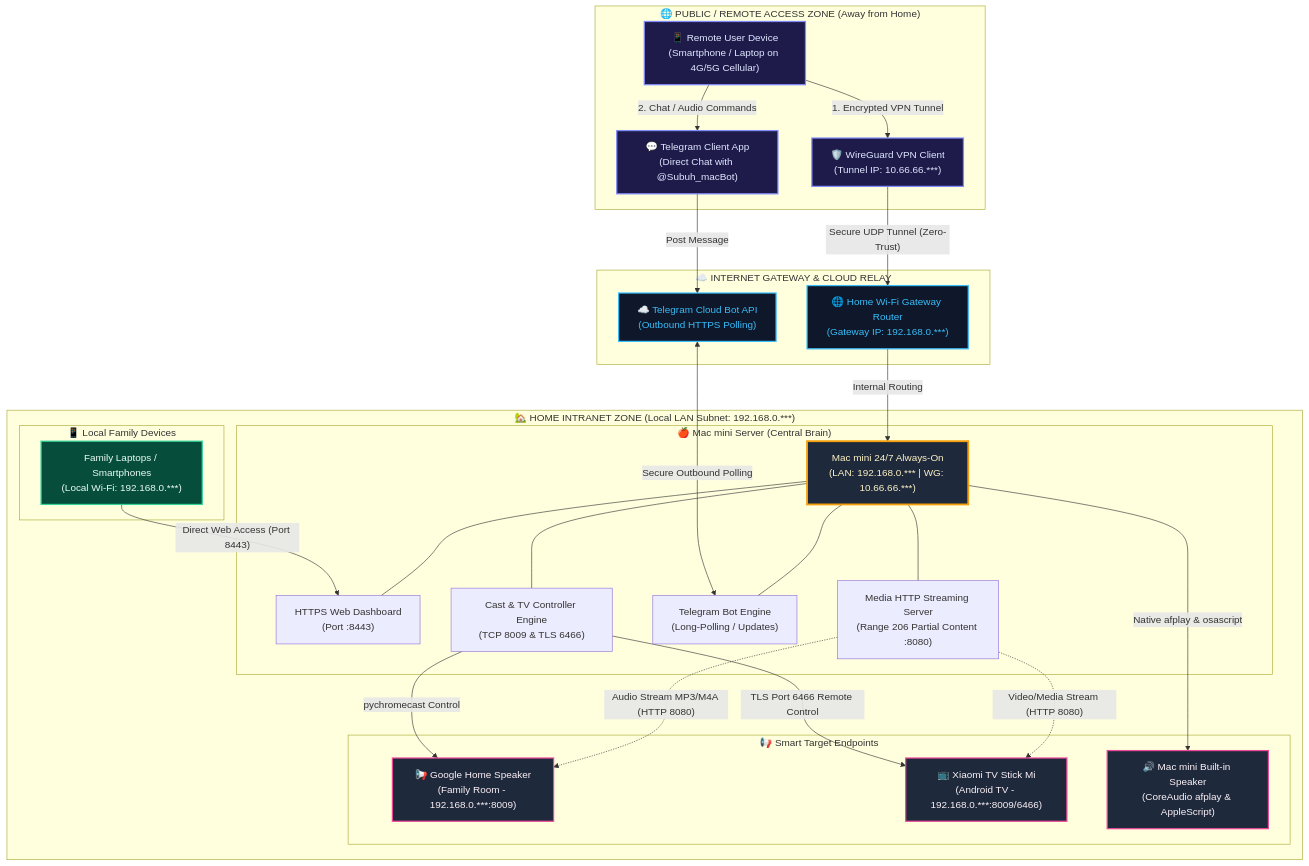
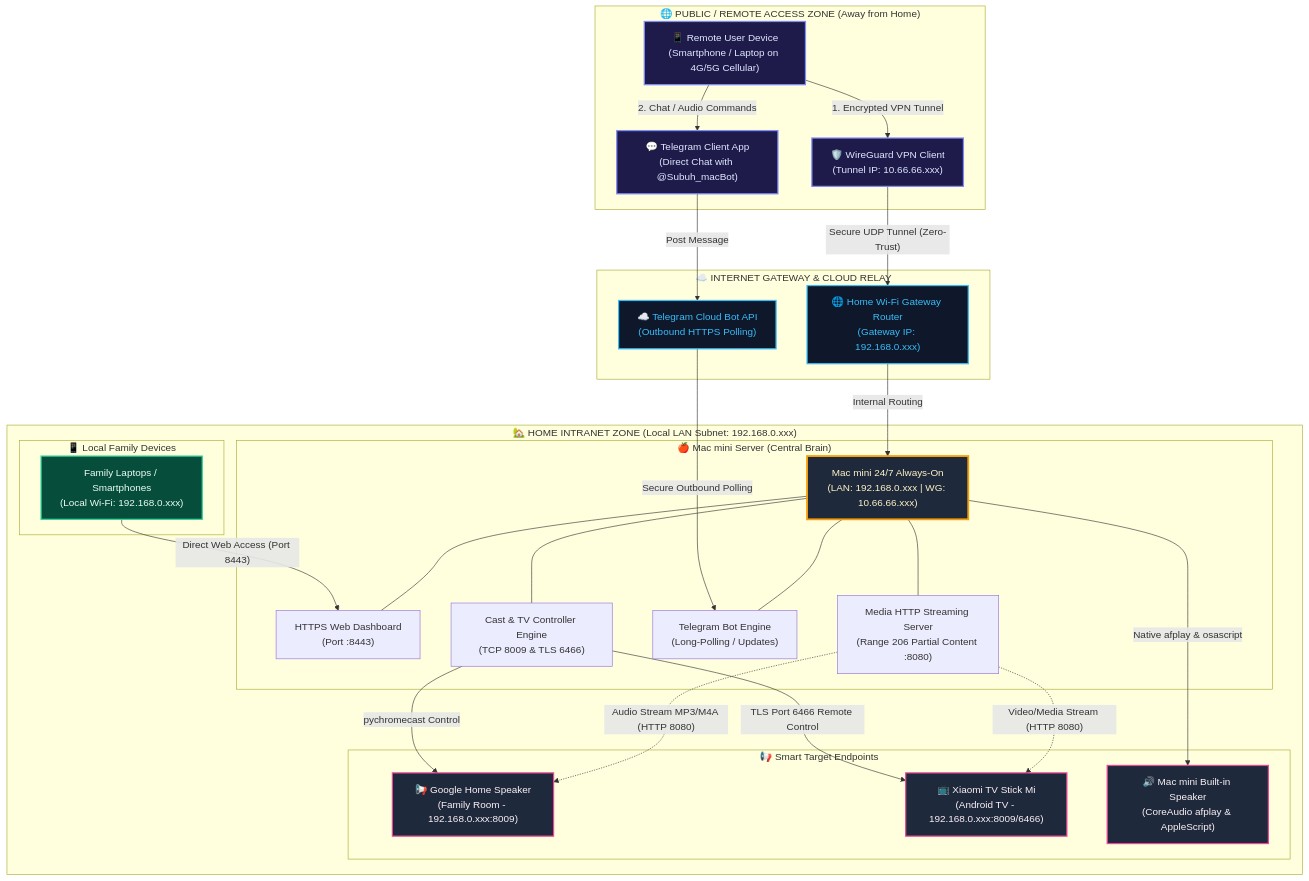
One commit to subuh-kurniawan/mac-home-server changed the second of 3 diagrams in README.en.md. Above: the diagram before and after it, drawn with Mermaid. The commit also changed other lines of this file and 4 other files, not shown here.

Commit message:
fix(mermaid): resolve syntax errors by replacing illegal <-->| links with -->|, substituting asterisks with .xxx, unescaping entities, and using <br/> for linebreaks

````diff
--- a/README.en.md
+++ b/README.en.md
@@ -95,65 +95,65 @@
 ```mermaid
 flowchart TD
     %% Styling Classes
     classDef remoteZone fill:#1e1b4b,stroke:#818cf8,stroke-width:2px,color:#e0e7ff;
     classDef publicCloud fill:#0f172a,stroke:#38bdf8,stroke-width:2px,color:#38bdf8;
     classDef lanZone fill:#064e3b,stroke:#34d399,stroke-width:2px,color:#ecfdf5;
     classDef serverNode fill:#1e293b,stroke:#f59e0b,stroke-width:3px,color:#fef3c7;
     classDef deviceNode fill:#1e293b,stroke:#ec4899,stroke-width:2px,color:#fdf2f8;
 
     subgraph RemoteAccess ["🌐 PUBLIC / REMOTE ACCESS ZONE (Away from Home)"]
-        UserRemote["📱 Remote User Device\n(Smartphone / Laptop on 4G/5G Cellular)"]:::remoteZone
-        WGClient["🛡️ WireGuard VPN Client\n(Tunnel IP: 10.66.66.***)"]:::remoteZone
-        TelegramApp["💬 Telegram Client App\n(Direct Chat with @Subuh_macBot)"]:::remoteZone
+        UserRemote["📱 Remote User Device<br/>(Smartphone / Laptop on 4G/5G Cellular)"]:::remoteZone
+        WGClient["🛡️ WireGuard VPN Client<br/>(Tunnel IP: 10.66.66.xxx)"]:::remoteZone
+        TelegramApp["💬 Telegram Client App<br/>(Direct Chat with @Subuh_macBot)"]:::remoteZone
     end
 
     subgraph CloudRelay ["☁️ INTERNET GATEWAY & CLOUD RELAY"]
-        TelegramCloud["☁️ Telegram Cloud Bot API\n(Outbound HTTPS Polling)"]:::publicCloud
-        HomeRouter["🌐 Home Wi-Fi Gateway Router\n(Gateway IP: 192.168.0.***)"]:::publicCloud
+        TelegramCloud["☁️ Telegram Cloud Bot API<br/>(Outbound HTTPS Polling)"]:::publicCloud
+        HomeRouter["🌐 Home Wi-Fi Gateway Router<br/>(Gateway IP: 192.168.0.xxx)"]:::publicCloud
     end
 
-    subgraph HomeLAN ["🏡 HOME INTRANET ZONE (Local LAN Subnet: 192.168.0.***)"]
+    subgraph HomeLAN ["🏡 HOME INTRANET ZONE (Local LAN Subnet: 192.168.0.xxx)"]
         subgraph HostServer ["🍎 Mac mini Server (Central Brain)"]
-            MacMini["Mac mini 24/7 Always-On\n(LAN: 192.168.0.*** | WG: 10.66.66.***)"]:::serverNode
-            WebHTTPS["HTTPS Web Dashboard\n(Port :8443)"]
-            StreamServer["Media HTTP Streaming Server\n(Range 206 Partial Content :8080)"]
-            BotDaemon["Telegram Bot Engine\n(Long-Polling / Updates)"]
-            CastDaemon["Cast & TV Controller Engine\n(TCP 8009 & TLS 6466)"]
+            MacMini["Mac mini 24/7 Always-On<br/>(LAN: 192.168.0.xxx | WG: 10.66.66.xxx)"]:::serverNode
+            WebHTTPS["HTTPS Web Dashboard<br/>(Port :8443)"]
+            StreamServer["Media HTTP Streaming Server<br/>(Range 206 Partial Content :8080)"]
+            BotDaemon["Telegram Bot Engine<br/>(Long-Polling / Updates)"]
+            CastDaemon["Cast & TV Controller Engine<br/>(TCP 8009 & TLS 6466)"]
         end
 
         subgraph LocalClients ["📱 Local Family Devices"]
-            FamilyDevices["Family Laptops / Smartphones\n(Local Wi-Fi: 192.168.0.***)"]:::lanZone
+            FamilyDevices["Family Laptops / Smartphones<br/>(Local Wi-Fi: 192.168.0.xxx)"]:::lanZone
         end
 
         subgraph SmartEndpoints ["📢 Smart Target Endpoints"]
-            GH["📢 Google Home Speaker\n(Family Room - 192.168.0.***:8009)"]:::deviceNode
-            TVStick["📺 Xiaomi TV Stick Mi\n(Android TV - 192.168.0.***:8009/6466)"]:::deviceNode
-            MacAudio["🔊 Mac mini Built-in Speaker\n(CoreAudio afplay & AppleScript)"]:::deviceNode
+            GH["📢 Google Home Speaker<br/>(Family Room - 192.168.0.xxx:8009)"]:::deviceNode
+            TVStick["📺 Xiaomi TV Stick Mi<br/>(Android TV - 192.168.0.xxx:8009/6466)"]:::deviceNode
+            MacAudio["🔊 Mac mini Built-in Speaker<br/>(CoreAudio afplay & AppleScript)"]:::deviceNode
         end
     end
 
     %% Remote Connection Paths
     UserRemote -->|"1. Encrypted VPN Tunnel"| WGClient
     WGClient -->|"Secure UDP Tunnel (Zero-Trust)"| HomeRouter
     HomeRouter -->|"Internal Routing"| MacMini
 
     UserRemote -->|"2. Chat / Audio Commands"| TelegramApp
     TelegramApp -->|"Post Message"| TelegramCloud
-    TelegramCloud <-->|"Secure Outbound Polling"| BotDaemon
+    TelegramCloud -->|"Secure Outbound Polling"| BotDaemon
 
     %% Local Connection Paths
     FamilyDevices -->|"Direct Web Access (Port 8443)"| WebHTTPS
 
     %% Server Internal Wiring
     MacMini --- WebHTTPS
     MacMini --- StreamServer
     MacMini --- BotDaemon
     MacMini --- CastDaemon
 
     %% Control & Streaming Paths
     CastDaemon -->|"pychromecast Control"| GH
     CastDaemon -->|"TLS Port 6466 Remote Control"| TVStick
     StreamServer -.->|"Audio Stream MP3/M4A (HTTP 8080)"| GH
     StreamServer -.->|"Video/Media Stream (HTTP 8080)"| TVStick
     MacMini -->|"Native afplay & osascript"| MacAudio
 ```
````
